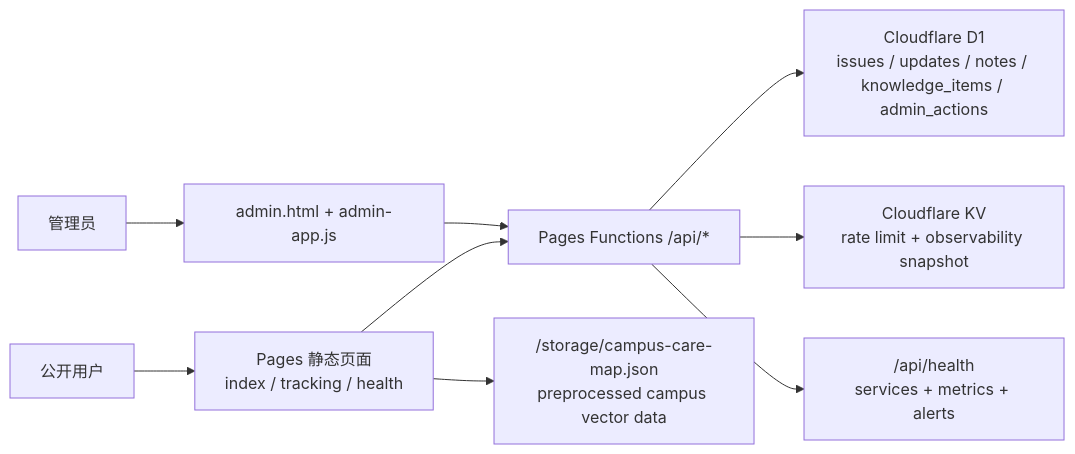
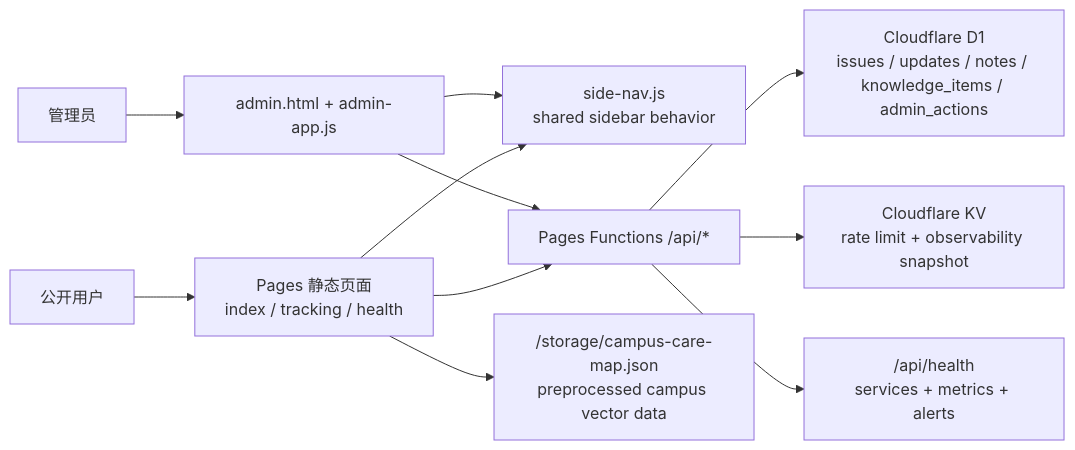
The diagram in README.md (Calvin-Xia/web_message), drawn with Mermaid before and after one commit. The commit also changed other lines of this file and 12 other files, not shown here.

````diff
--- a/README.md
+++ b/README.md
@@ -27,11 +29,13 @@
 ```mermaid
 flowchart LR
     User["公开用户"] --> Static["Pages 静态页面\nindex / tracking / health"]
     Admin["管理员"] --> AdminUI["admin.html + admin-app.js"]
+    Static --> SideNav["side-nav.js\nshared sidebar behavior"]
+    AdminUI --> SideNav
     Static --> API["Pages Functions /api/*"]
     Static --> MapAsset["/storage/campus-care-map.json\npreprocessed campus vector data"]
     AdminUI --> API
     API --> D1["Cloudflare D1\nissues / updates / notes / knowledge_items / admin_actions"]
     API --> KV["Cloudflare KV\nrate limit + observability snapshot"]
     API --> Health["/api/health\nservices + metrics + alerts"]
 ```
````
